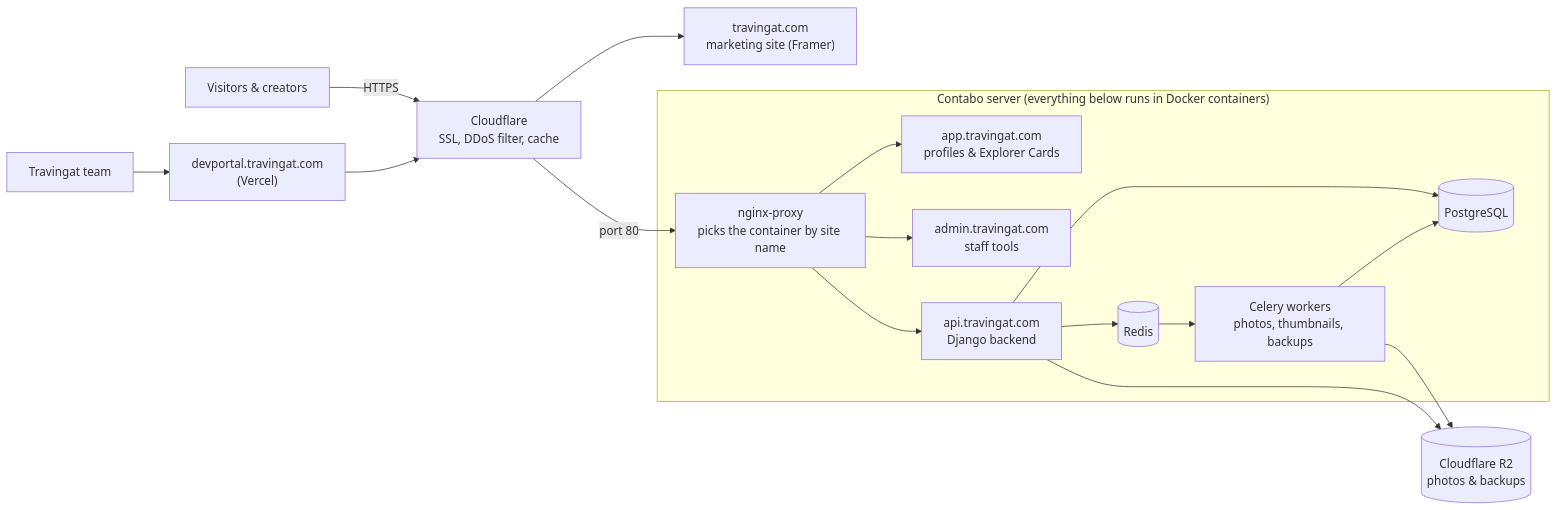
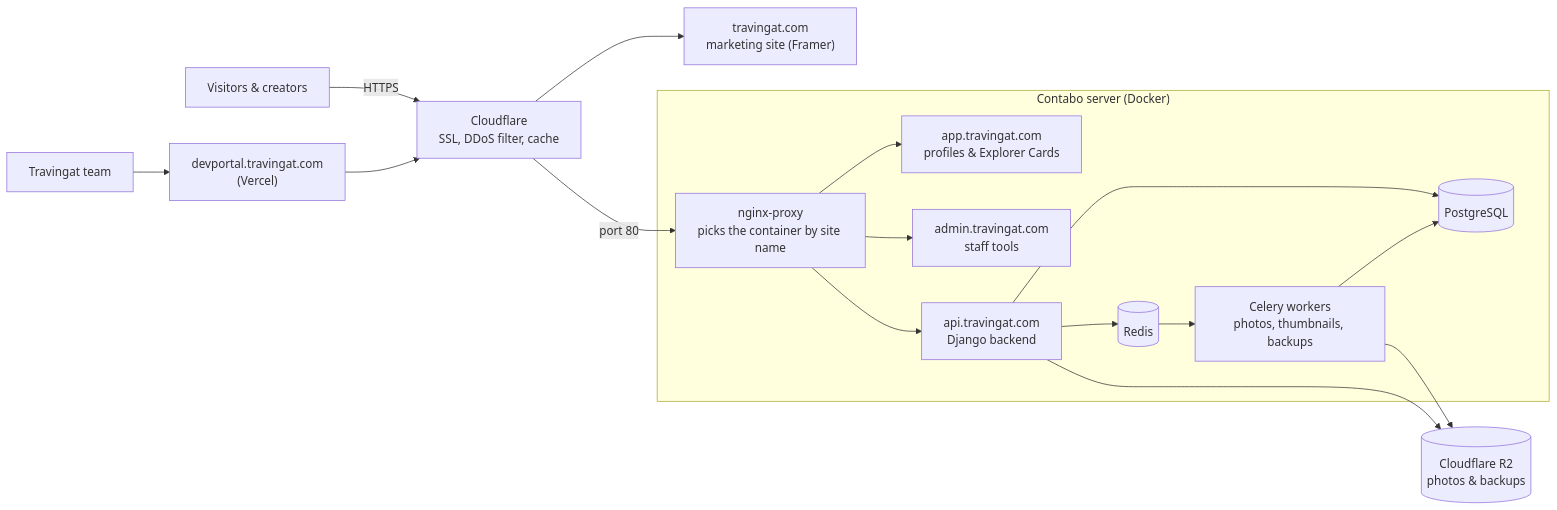
The diagram in src/docs/0-Tech-Stack-Glance.md (ss-travingat/devportal), drawn with Mermaid before and after one commit. The commit also changed 2 other files, not shown here.

Commit message:
feat: enhance SubscriptionTable with status-based styling and mobile layout improvements

````diff
--- a/src/docs/0-Tech-Stack-Glance.md
+++ b/src/docs/0-Tech-Stack-Glance.md
@@ -13,22 +13,22 @@
 ```mermaid
 flowchart LR
     Visitor["Visitors & creators"] -->|HTTPS| CF["Cloudflare\nSSL, DDoS filter, cache"]
     CF --> Framer["travingat.com\nmarketing site (Framer)"]
     CF -->|"port 80"| N
 
-    subgraph VPS["Contabo server (everything below runs in Docker containers)"]
+    subgraph VPS["Contabo server (Docker)"]
         N["nginx-proxy\npicks the container by site name"]
         N --> App["app.travingat.com\nprofiles & Explorer Cards"]
         N --> Admin["admin.travingat.com\nstaff tools"]
         N --> API["api.travingat.com\nDjango backend"]
         API --> DB[("PostgreSQL")]
         API --> Redis[("Redis")]
         Redis --> Celery["Celery workers\nphotos, thumbnails, backups"]
         Celery --> DB
     end
 
     API --> R2[("Cloudflare R2\nphotos & backups")]
     Celery --> R2
     Team["Travingat team"] --> Dev["devportal.travingat.com\n(Vercel)"]
     Dev --> CF
 ```
````
